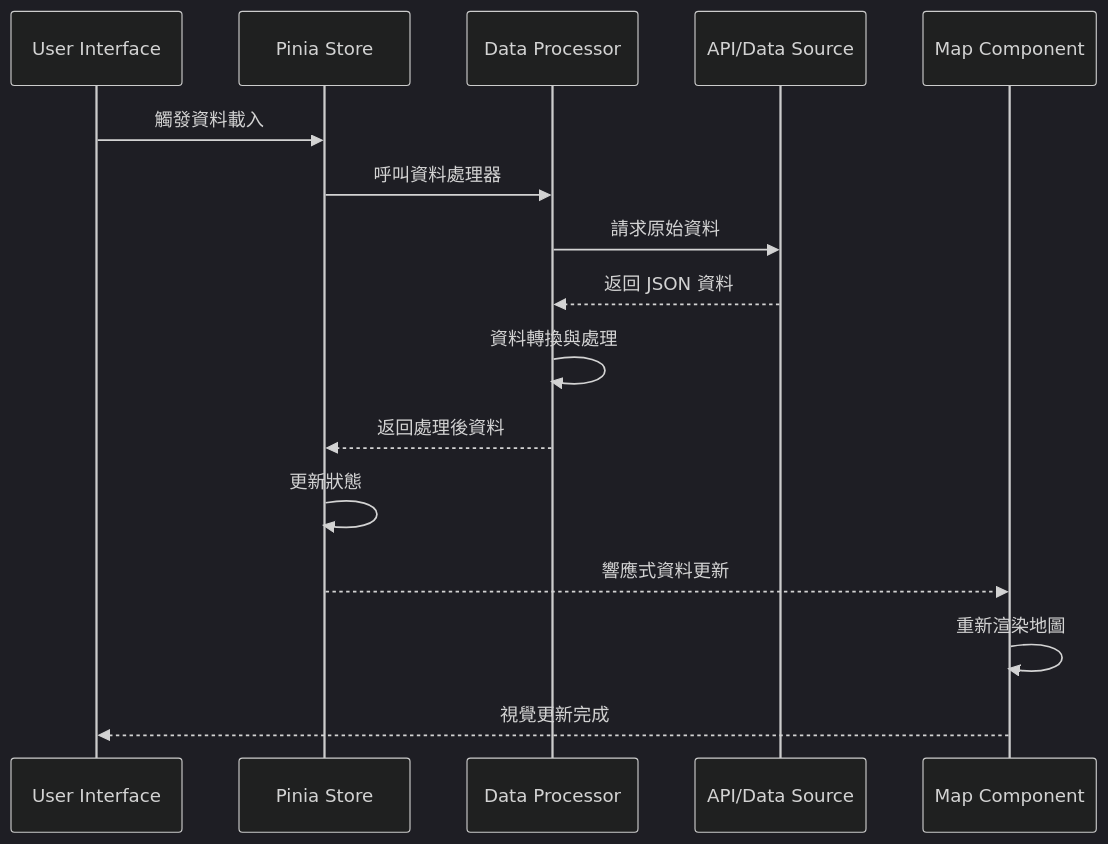
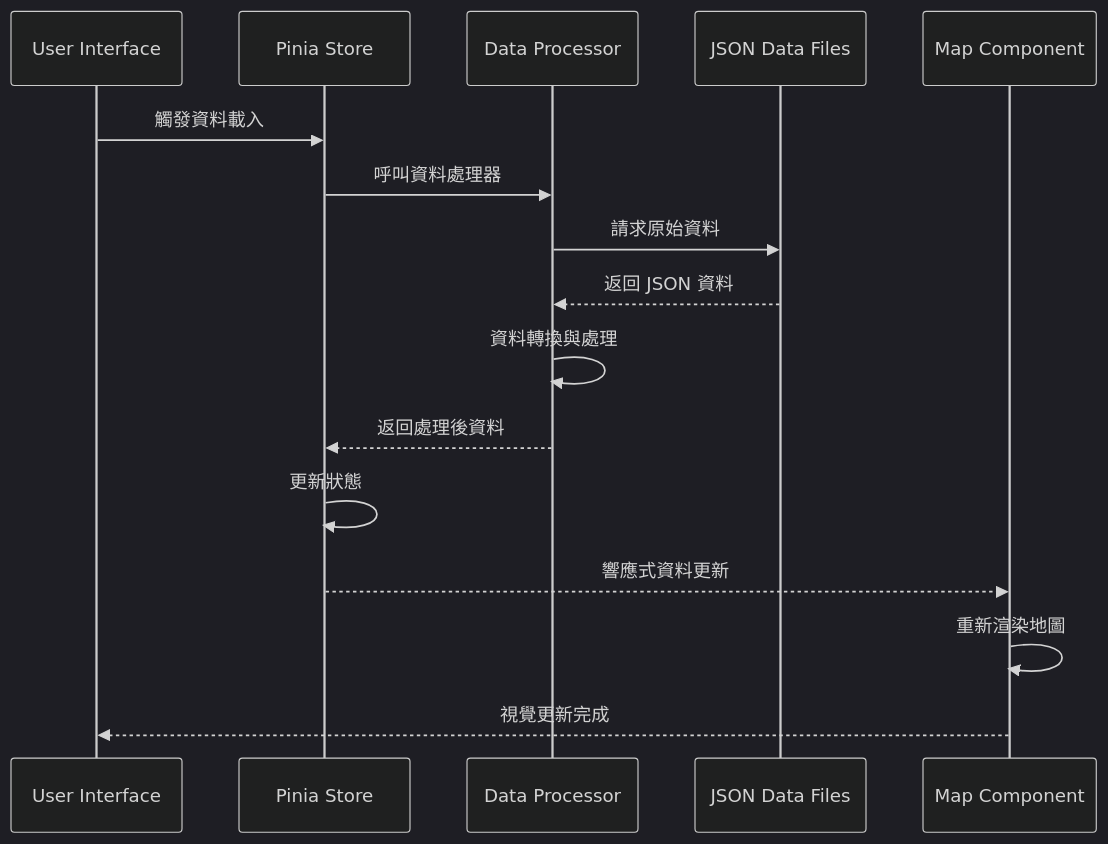
One commit to wenlab501/long-term-care-web-taichung changed the second of 6 diagrams in README.md. Above: the diagram before and after it, drawn with Mermaid (dark theme). The commit also changed other lines of this file and 4 other files, not shown here.

````diff
--- a/README.md
+++ b/README.md
@@ -242,19 +266,19 @@
 ```mermaid
 sequenceDiagram
     participant U as User Interface
     participant S as Pinia Store
     participant P as Data Processor
-    participant A as API/Data Source
+    participant A as JSON Data Files
     participant M as Map Component
 
     U->>S: 觸發資料載入
     S->>P: 呼叫資料處理器
     P->>A: 請求原始資料
     A-->>P: 返回 JSON 資料
     P->>P: 資料轉換與處理
     P-->>S: 返回處理後資料
     S->>S: 更新狀態
     S-->>M: 響應式資料更新
     M->>M: 重新渲染地圖
     M-->>U: 視覺更新完成
 ```
````
